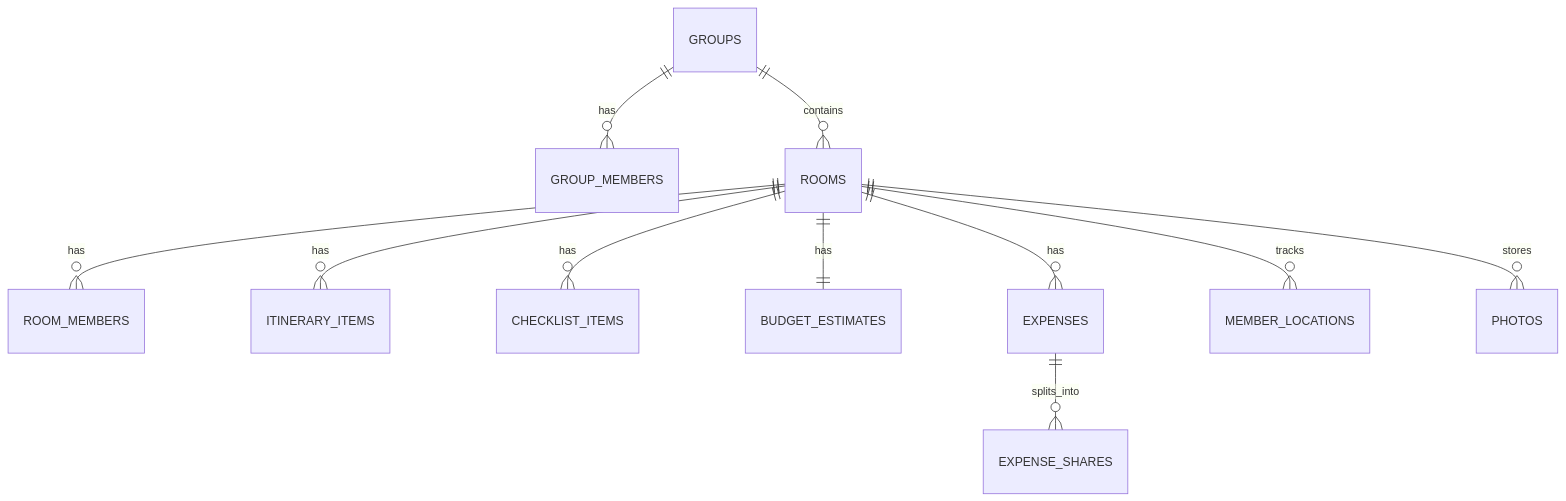
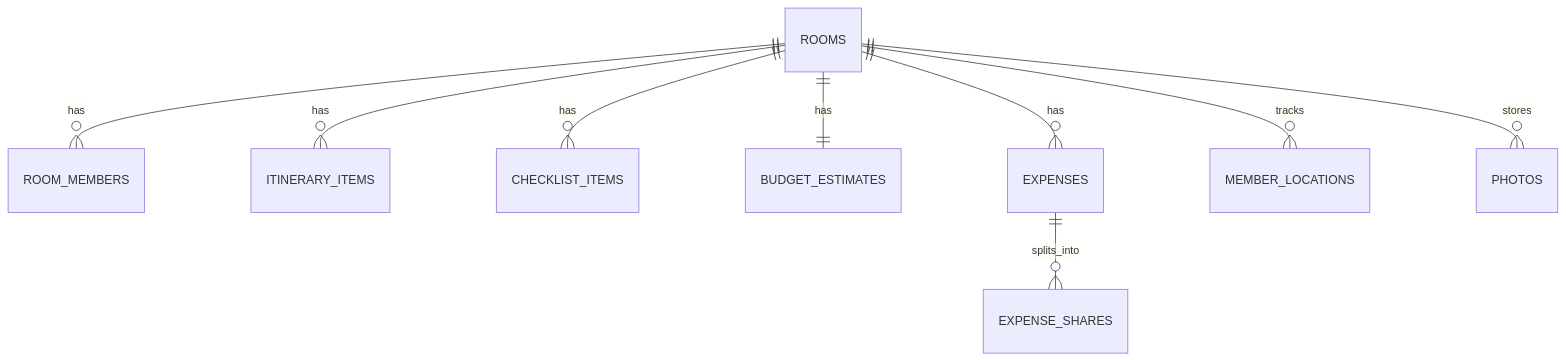
One commit to constMelvin/On-The-Water changed the diagram in docs/OTW_Backend_Master_Plan.md. Above: the diagram before and after it, drawn with Mermaid. The commit also changed other lines of this file and 4 other files, not shown here.

````diff
--- a/docs/OTW_Backend_Master_Plan.md
+++ b/docs/OTW_Backend_Master_Plan.md
@@ -279,13 +250,11 @@
 ```mermaid
 erDiagram
-  GROUPS ||--o{ GROUP_MEMBERS : has
-  GROUPS ||--o{ ROOMS : contains
   ROOMS ||--o{ ROOM_MEMBERS : has
   ROOMS ||--o{ ITINERARY_ITEMS : has
   ROOMS ||--o{ CHECKLIST_ITEMS : has
   ROOMS ||--|| BUDGET_ESTIMATES : has
   ROOMS ||--o{ EXPENSES : has
   EXPENSES ||--o{ EXPENSE_SHARES : splits_into
   ROOMS ||--o{ MEMBER_LOCATIONS : tracks
   ROOMS ||--o{ PHOTOS : stores
 ```
````
